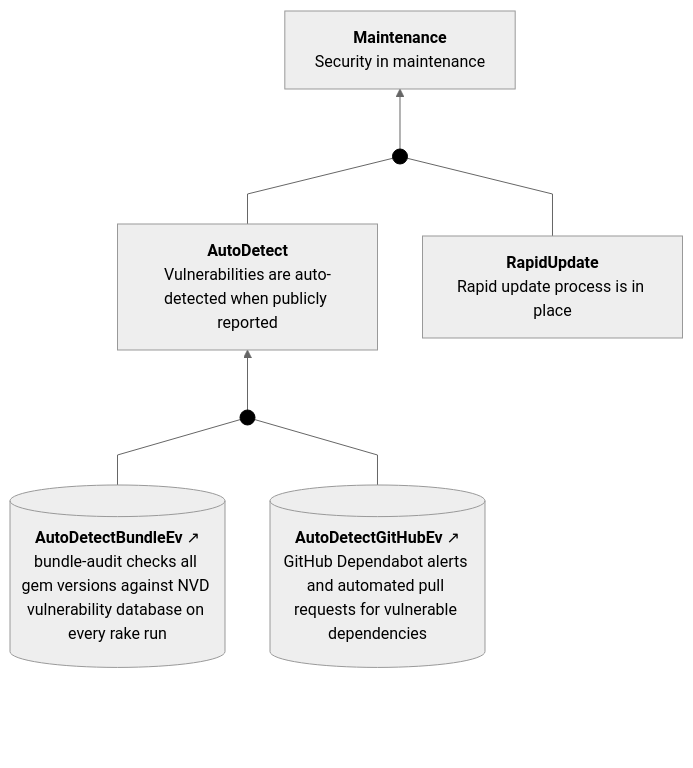
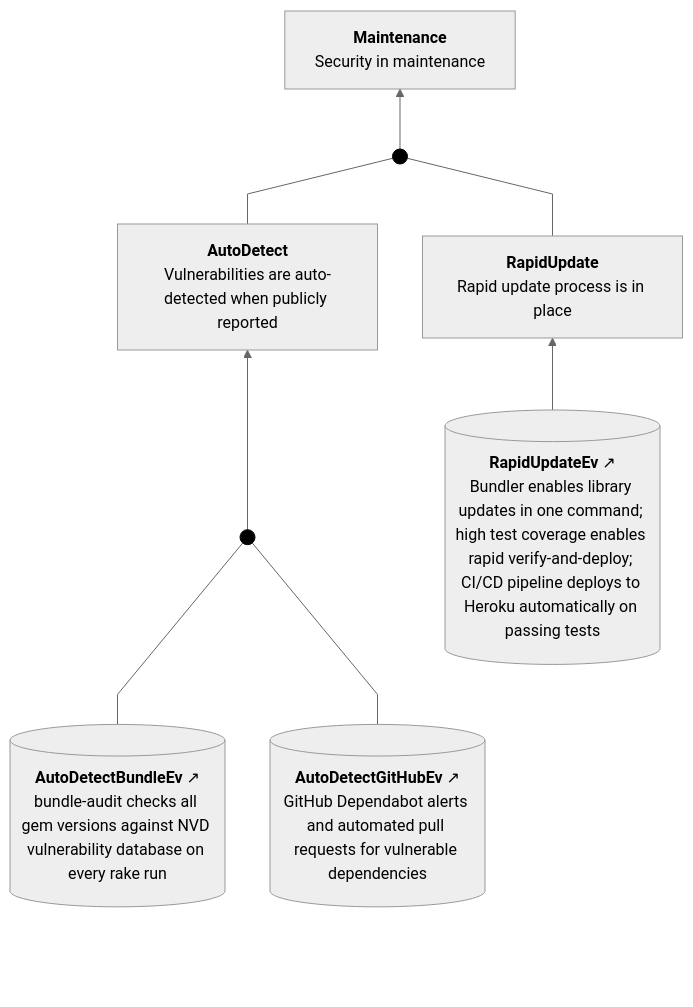
One commit to coreinfrastructure/best-practices-badge changed the seventh of 9 diagrams in docs/case.md. Above: the diagram before and after it, drawn with Mermaid. The commit also changed other lines of this file and 1 other file, not shown here.

````diff
--- a/docs/case.md
+++ b/docs/case.md
@@ -563,34 +709,37 @@
 ```mermaid
 ---
 config:
   theme: neutral
   flowchart:
     curve: linear
     htmlLabels: true
     rankSpacing: 60
     nodeSpacing: 45
     padding: 15
 ---
 flowchart BT
     classDef invisible opacity:0
     classDef sacmDot fill:#000,stroke:#000
     classDef connector fill:none,stroke:#cccccc,stroke-width:1px;
     classDef abstractClaim stroke-width:2px,stroke-dasharray: 5 5;
     Maintenance["<b>Maintenance</b><br>Security in maintenance"]
     AutoDetect["<b>AutoDetect</b><br>Vulnerabilities are auto-detected when publicly reported"]
     RapidUpdate["<b>RapidUpdate</b><br>Rapid update process is in place"]
     AutoDetectBundleEv[("<b>AutoDetectBundleEv</b>&nbsp;↗<br>bundle-audit checks all gem versions against NVD vulnerability database on every rake run")]
     AutoDetectGitHubEv[("<b>AutoDetectGitHubEv</b>&nbsp;↗<br>GitHub Dependabot alerts and automated pull requests for vulnerable dependencies")]
+    RapidUpdateEv[("<b>RapidUpdateEv</b>&nbsp;↗<br>Bundler enables library updates in one command; high test coverage enables rapid verify-and-deploy; CI/CD pipeline deploys to Heroku automatically on passing tests")]
     Dot1((" ")):::sacmDot
     Dot2((" ")):::sacmDot
     click AutoDetectBundleEv "../Gemfile.lock"
     click AutoDetectGitHubEv "../.github/dependabot.yml"
+    click RapidUpdateEv "../.circleci/config.yml"
 
     BottomPadding[ ]:::invisible ~~~ AutoDetectBundleEv
     AutoDetectBundleEv --- Dot1
     AutoDetectGitHubEv --- Dot1
     Dot1 --> AutoDetect
+    RapidUpdateEv --> RapidUpdate
     AutoDetect --- Dot2
     RapidUpdate --- Dot2
     Dot2 --> Maintenance
 ```
````
